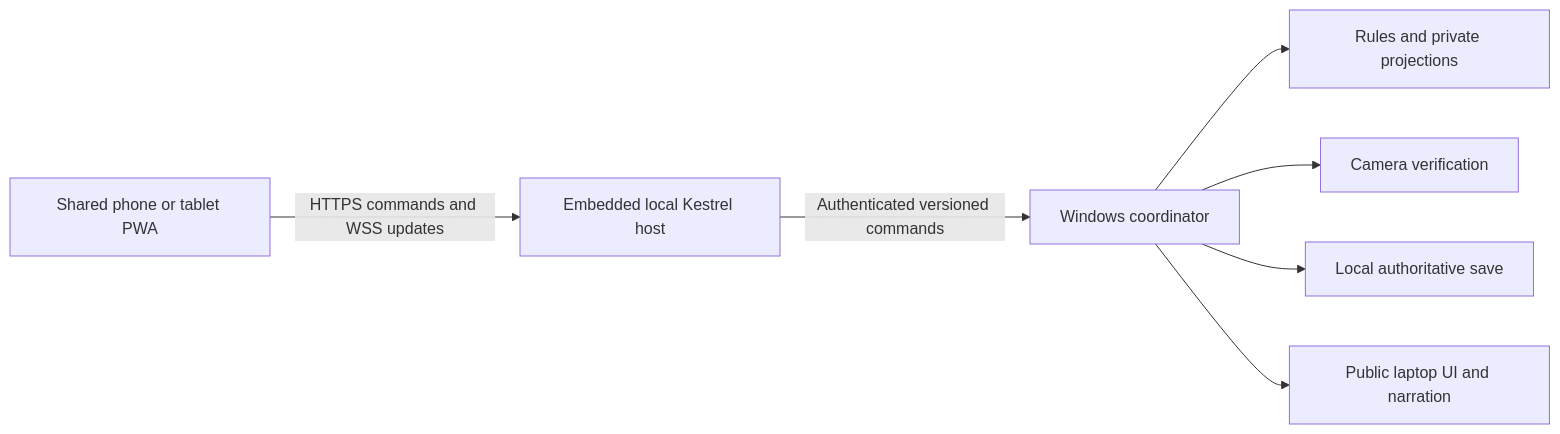
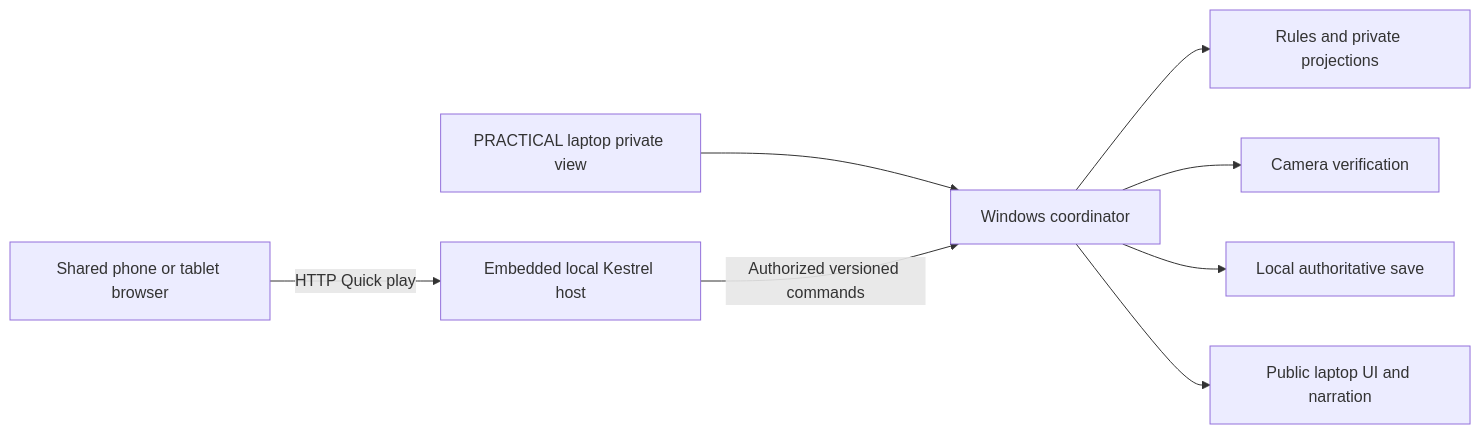
The fourth of 4 diagrams in DESIGN.md (abiemann/GoldenTicket), drawn with Mermaid before and after one commit. The commit also changed other lines of this file and 83 other files, not shown here.

````diff
--- a/DESIGN.md
+++ b/DESIGN.md
@@ -1534,9 +1535,10 @@
 ```mermaid
 flowchart LR
-    P[Shared phone or tablet PWA] -->|HTTPS commands and WSS updates| H[Embedded local Kestrel host]
-    H -->|Authenticated versioned commands| C[Windows coordinator]
+    P[Shared phone or tablet browser] -->|HTTP Quick play| H[Embedded local Kestrel host]
+    L[PRACTICAL laptop private view] --> C[Windows coordinator]
+    H -->|Authorized versioned commands| C
     C --> R[Rules and private projections]
     C --> V[Camera verification]
     C --> S[Local authoritative save]
     C --> U[Public laptop UI and narration]
 ```
````
